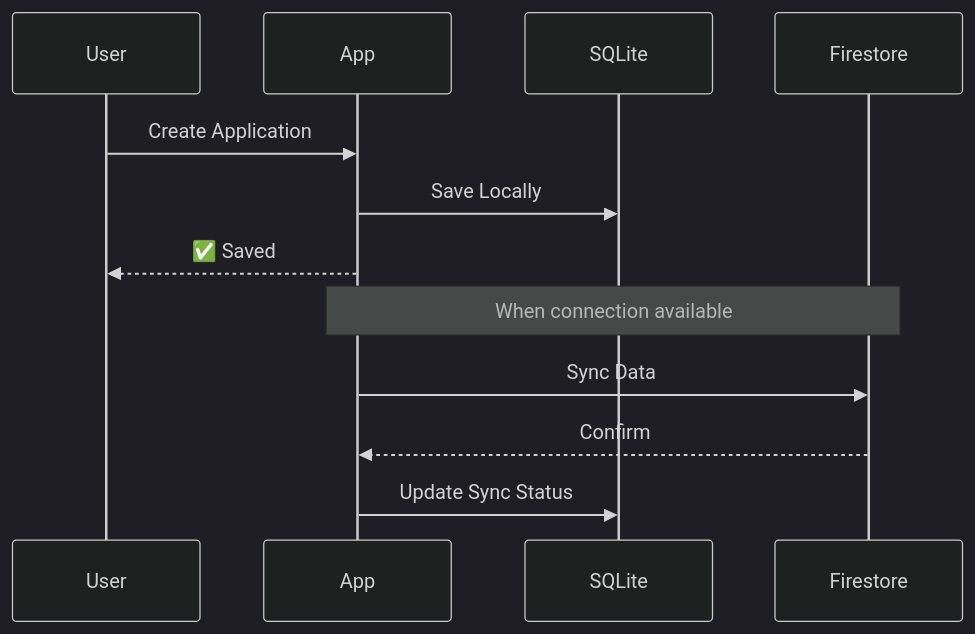
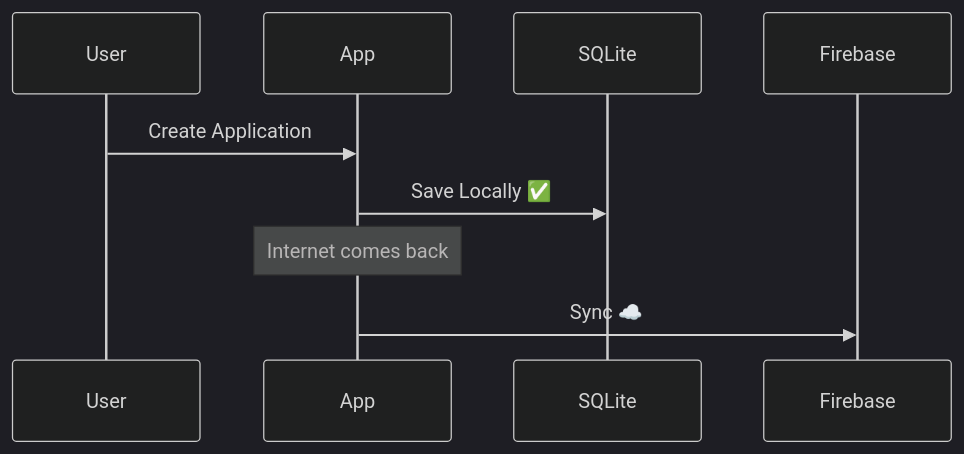
The third of 3 diagrams in README.md (Anish-2005/Nyantra-Mobile), drawn with Mermaid (dark theme) before and after one commit. The commit also changed other lines of this file, not shown here.

````diff
--- a/README.md
+++ b/README.md
@@ -202,17 +132,7 @@
 ```mermaid
 sequenceDiagram
-    participant User
-    participant App
-    participant SQLite
-    participant Firestore
-    
     User->>App: Create Application
-    App->>SQLite: Save Locally
-    App-->>User: ✅ Saved
-    
-    Note over App,Firestore: When connection available
-    
-    App->>Firestore: Sync Data
-    Firestore-->>App: Confirm
-    App->>SQLite: Update Sync Status
+    App->>SQLite: Save Locally ✅
+    Note over App: Internet comes back
+    App->>Firebase: Sync ☁️
 ```
````
